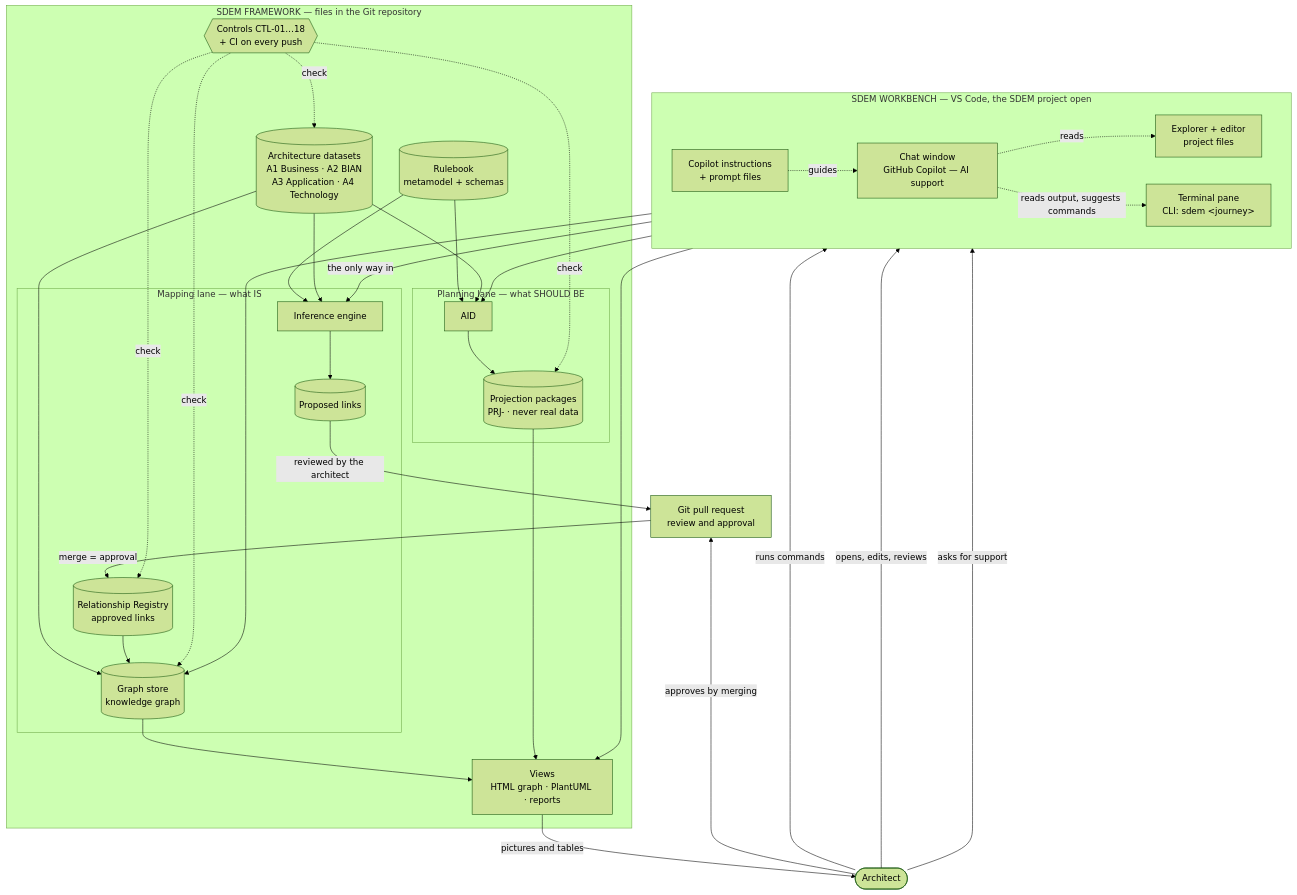
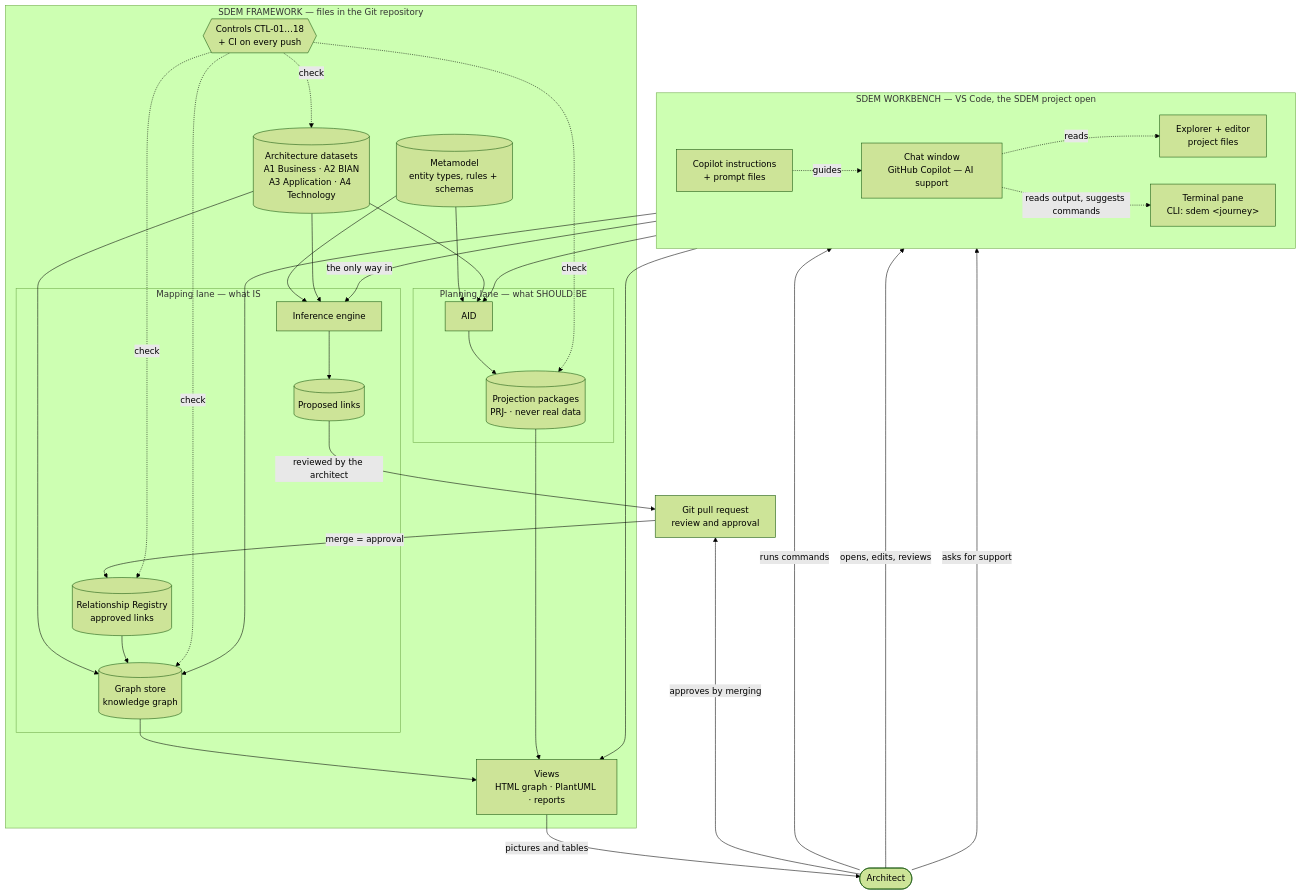
The first of 6 diagrams in docs/design/sdem-workbench-design.md (taumoeps/bian-sdem-framework), drawn with Mermaid (forest theme) before and after one commit. The commit also changed other lines of this file and 71 other files, not shown here.

Commit message:
One name: metamodel — "rulebook" removed from documents, messages, help and code comments; files renamed (docs/sdem-metamodel-guide.md, docs/design/sdem-metamodel-versioning.md, tests/test_engine_metamodel.py); no data, command or option changes; historical records keep their original words

````diff
--- a/docs/design/sdem-workbench-design.md
+++ b/docs/design/sdem-workbench-design.md
@@ -38,60 +38,60 @@
 ```mermaid
 flowchart TB
     architect(["Architect"])
 
     subgraph WB["SDEM WORKBENCH — VS Code, the SDEM project open"]
         direction LR
         files["Explorer + editor<br/>project files"]
         term["Terminal pane<br/>CLI: sdem &lt;journey&gt;"]
         chat["Chat window<br/>GitHub Copilot — AI support"]
         guide["Copilot instructions<br/>+ prompt files"]
     end
 
     subgraph FW["SDEM FRAMEWORK — files in the Git repository"]
-        rulebook[("Rulebook<br/>metamodel + schemas")]
+        metamodel[("Metamodel<br/>entity types, rules + schemas")]
         datasets[("Architecture datasets<br/>A1 Business · A2 BIAN<br/>A3 Application · A4 Technology")]
         subgraph ML["Mapping lane — what IS"]
             engine["Inference engine"]
             proposals[("Proposed links")]
             registry[("Relationship Registry<br/>approved links")]
             store[("Graph store<br/>knowledge graph")]
         end
         subgraph PL["Planning lane — what SHOULD BE"]
             aid["AID"]
             prj[("Projection packages<br/>PRJ- · never real data")]
         end
         views["Views<br/>HTML graph · PlantUML · reports"]
         controls{{"Controls CTL-01…18<br/>+ CI on every push"}}
     end
 
     git["Git pull request<br/>review and approval"]
 
     architect -->|"runs commands"| term
     architect -->|"opens, edits, reviews"| files
     architect -->|"asks for support"| chat
     guide -.->|"guides"| chat
     chat -.->|"reads output, suggests commands"| term
     chat -.->|"reads"| files
     term -->|"the only way in"| engine
     term --> aid
     term --> store
     term --> views
-    rulebook --> engine
-    rulebook --> aid
+    metamodel --> engine
+    metamodel --> aid
     datasets --> engine
     datasets --> aid
     engine --> proposals
     proposals -->|"reviewed by the architect"| git
     architect -->|"approves by merging"| git
     git -->|"merge = approval"| registry
     datasets --> store
     registry --> store
     aid --> prj
     store --> views
     prj --> views
     views -->|"pictures and tables"| architect
     controls -.->|"check"| datasets
     controls -.->|"check"| registry
     controls -.->|"check"| store
     controls -.->|"check"| prj
 ```
````
